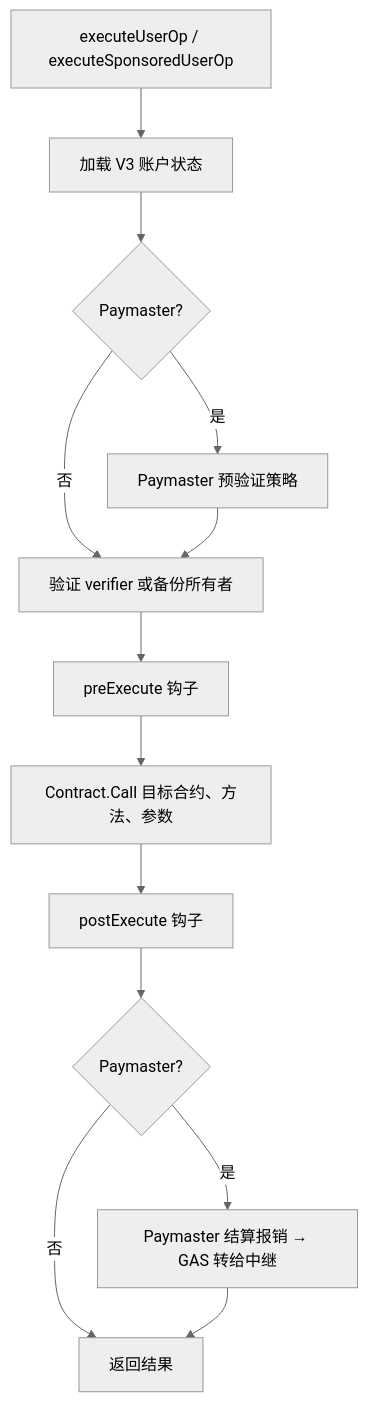
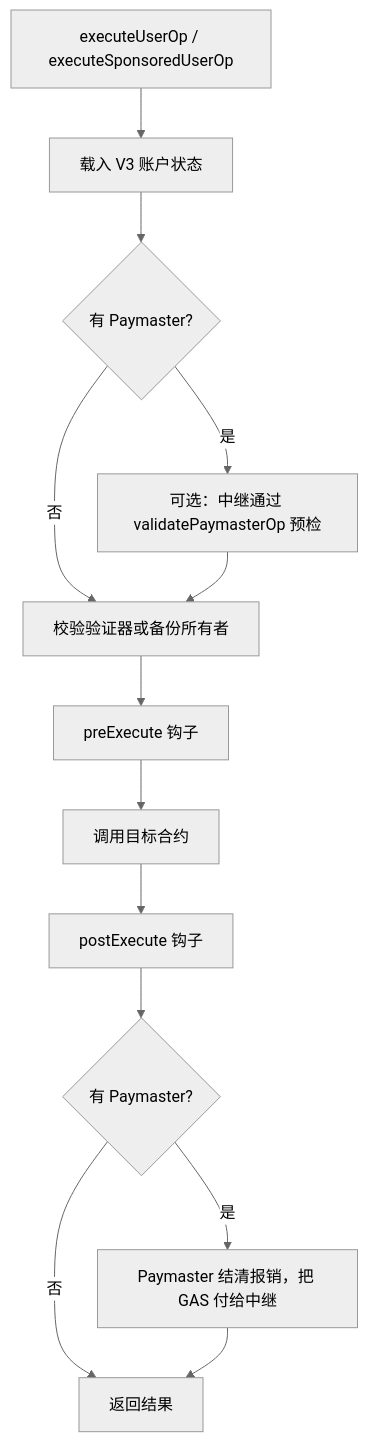
Before and after one commit to r3e-network/neo-os-aa: the third of 3 diagrams in docs/architecture.zh-CN.md, drawn with Mermaid (neutral theme). The commit also changed other lines of this file and 822 other files, not shown here.

````diff
--- a/docs/architecture.zh-CN.md
+++ b/docs/architecture.zh-CN.md
@@ -42,15 +69,15 @@
 ```mermaid
 flowchart TD
-  Entry[executeUserOp / executeSponsoredUserOp] --> Load[加载 V3 账户状态]
-  Load --> PM{Paymaster?}
-  PM -- 是 --> PMValidate[Paymaster 预验证策略]
+  Entry[executeUserOp / executeSponsoredUserOp] --> Load[载入 V3 账户状态]
+  Load --> PM{有 Paymaster?}
+  PM -- 是 --> PMValidate[可选：中继通过 validatePaymasterOp 预检]
   PM -- 否 --> Auth
-  PMValidate --> Auth[验证 verifier 或备份所有者]
+  PMValidate --> Auth[校验验证器或备份所有者]
   Auth --> Pre[preExecute 钩子]
-  Pre --> Call[Contract.Call 目标合约、方法、参数]
+  Pre --> Call[调用目标合约]
   Call --> Post[postExecute 钩子]
-  Post --> Settle{Paymaster?}
-  Settle -- 是 --> PMSettle[Paymaster 结算报销 → GAS 转给中继]
+  Post --> Settle{有 Paymaster?}
+  Settle -- 是 --> PMSettle[Paymaster 结清报销，把 GAS 付给中继]
   Settle -- 否 --> Done[返回结果]
   PMSettle --> Done
 ```
````
